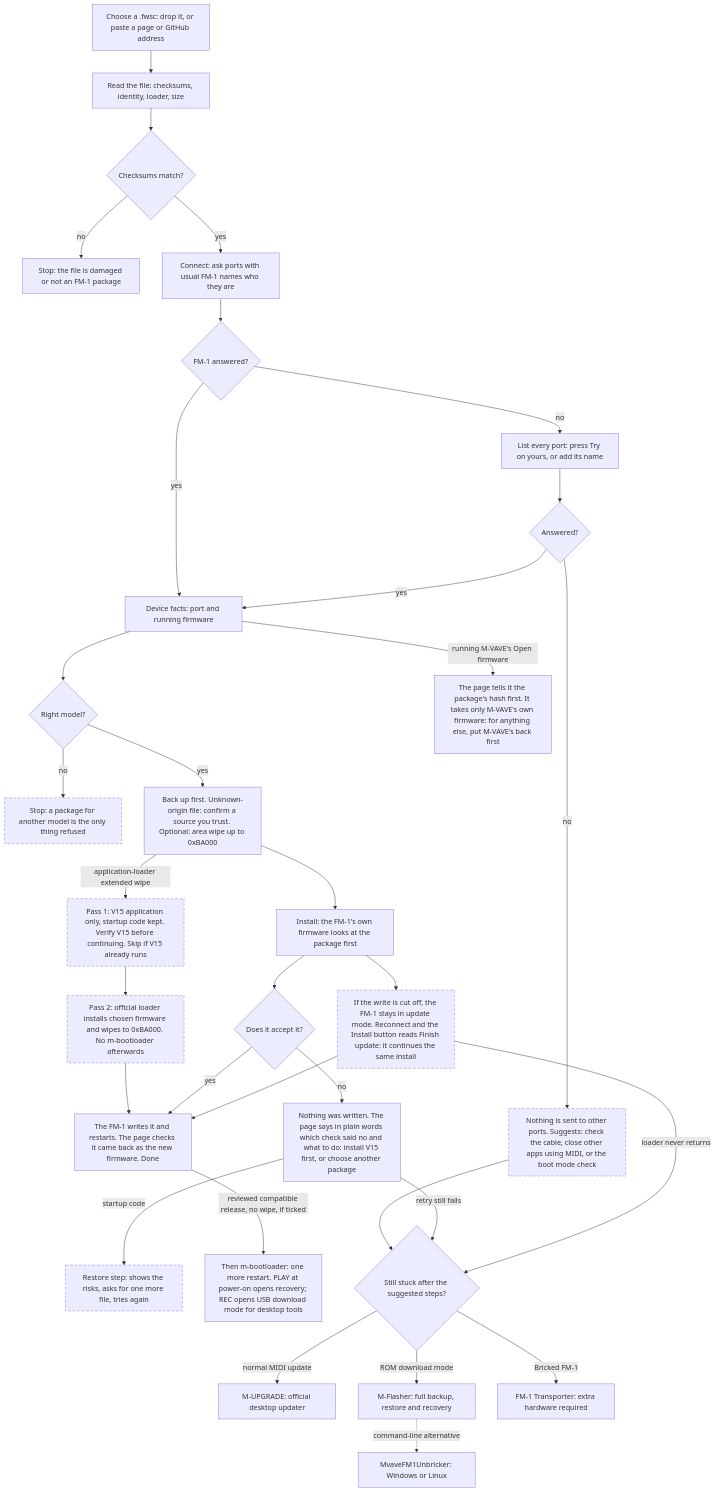
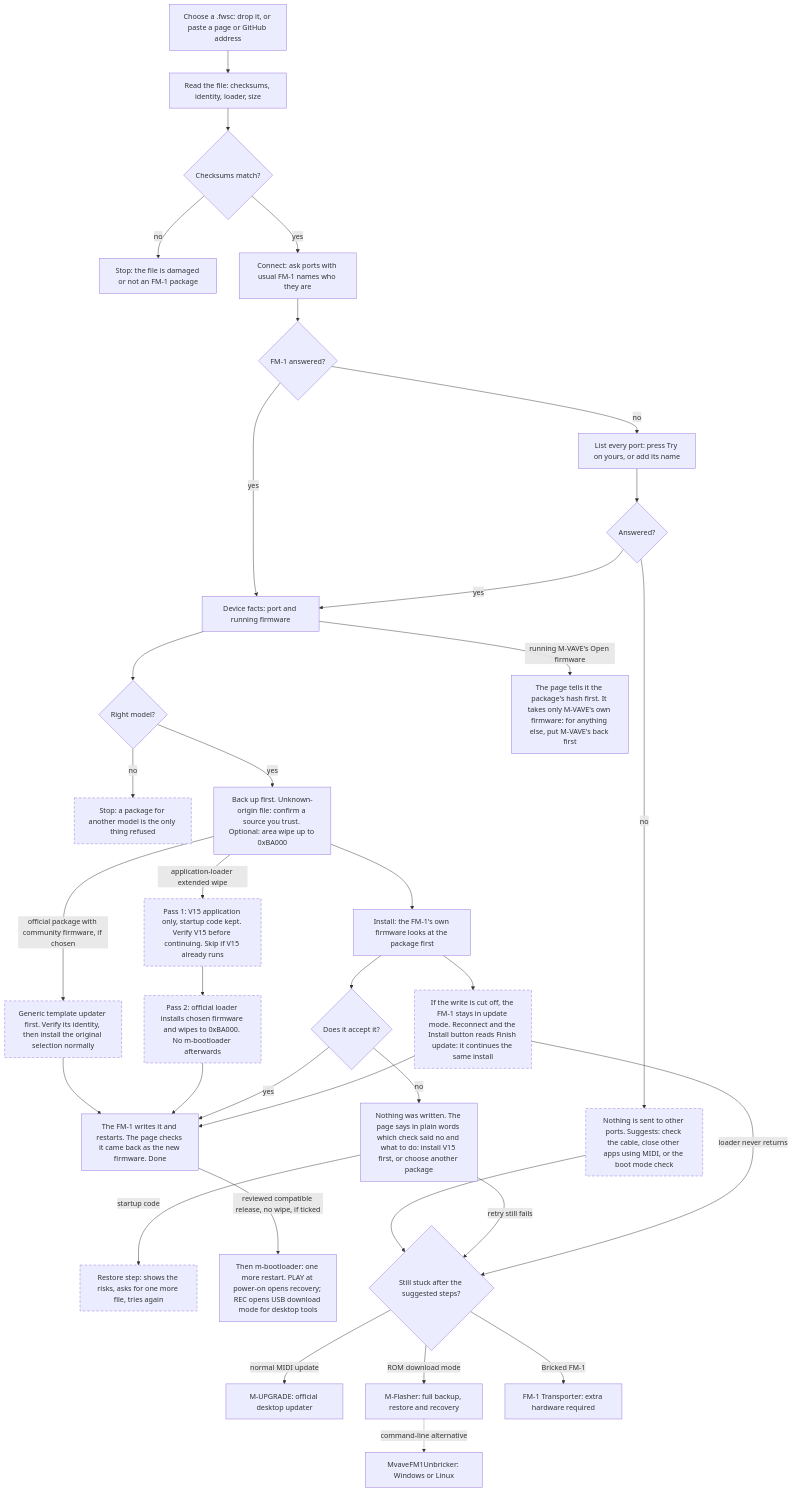
Before and after one commit to seajaysec/fm-static: the first of 2 diagrams in README.md, drawn with Mermaid. The commit also changed other lines of this file and 8 other files, not shown here.

Commit message:
Offer a pinned generic updater for returning to official firmware

````diff
--- a/README.md
+++ b/README.md
@@ -115,37 +130,39 @@
 ```mermaid
 flowchart TD
   A[Choose a .fwsc: drop it, or paste a page or GitHub address] --> B[Read the file: checksums, identity, loader, size]
   B --> C{Checksums match?}
   C -- no --> C1[Stop: the file is damaged or not an FM-1 package]
   C -- yes --> D[Connect: ask ports with usual FM-1 names who they are]
   D --> E{FM-1 answered?}
   E -- no --> F[List every port: press Try on yours, or add its name]
   F --> G{Answered?}
   G -- no --> H[Nothing is sent to other ports. Suggests: check the cable, close other apps using MIDI, or the boot mode check]
   E -- yes --> I[Device facts: port and running firmware]
   G -- yes --> I
   I --> J{Right model?}
   I -- "running M-VAVE's Open firmware" --> X[The page tells it the package's hash first. It takes only M-VAVE's own firmware: for anything else, put M-VAVE's back first]
   J -- no --> J1[Stop: a package for another model is the only thing refused]
   J -- yes --> K[Back up first. Unknown-origin file: confirm a source you trust. Optional: area wipe up to 0xBA000]
   K --> M[Install: the FM-1's own firmware looks at the package first]
+  K -- official package with community firmware, if chosen --> B1[Generic template updater first. Verify its identity, then install the original selection normally]
+  B1 --> O
   K -- application-loader extended wipe --> P[Pass 1: V15 application only, startup code kept. Verify V15 before continuing. Skip if V15 already runs]
   P --> P2[Pass 2: official loader installs chosen firmware and wipes to 0xBA000. No m-bootloader afterwards]
   P2 --> O
   M --> N{Does it accept it?}
   N -- yes --> O[The FM-1 writes it and restarts. The page checks it came back as the new firmware. Done]
   N -- no --> Q[Nothing was written. The page says in plain words which check said no and what to do: install V15 first, or choose another package]
   Q -- startup code --> R[Restore step: shows the risks, asks for one more file, tries again]
   O -- reviewed compatible release, no wipe, if ticked --> W[Then m-bootloader: one more restart. PLAY at power-on opens recovery; REC opens USB download mode for desktop tools]
   M --> S[If the write is cut off, the FM-1 stays in update mode. Reconnect and the Install button reads Finish update: it continues the same install]
   S --> O
   H --> T{Still stuck after the suggested steps?}
   Q -- retry still fails --> T
   S -- loader never returns --> T
   T -- normal MIDI update --> U[M-UPGRADE: official desktop updater]
   T -- ROM download mode --> V[M-Flasher: full backup, restore and recovery]
   V -. command-line alternative .-> Z[MvaveFM1Unbricker: Windows or Linux]
   T -- Bricked FM-1 --> Y[FM-1 Transporter: extra hardware required]
   classDef notrun stroke-dasharray: 6 4
-  class H,J1,S,R,P,P2 notrun
+  class H,J1,S,R,P,P2,B1 notrun
 ```
````
